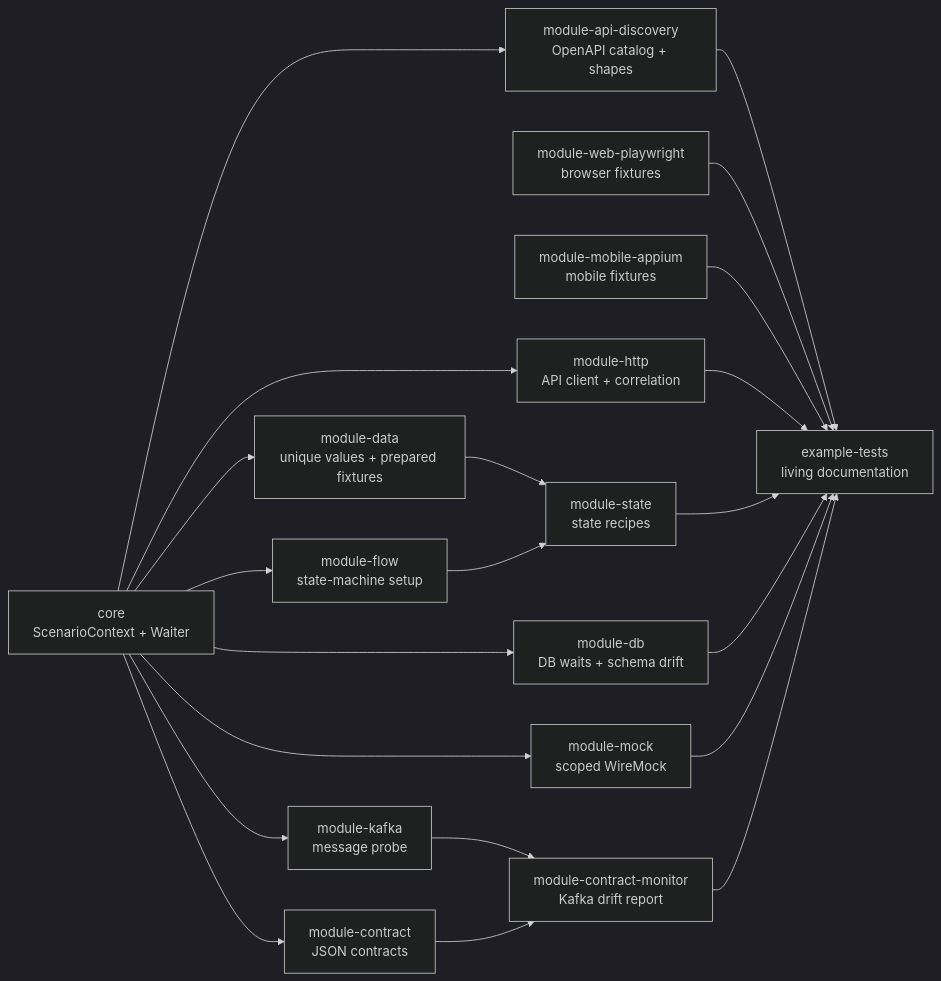
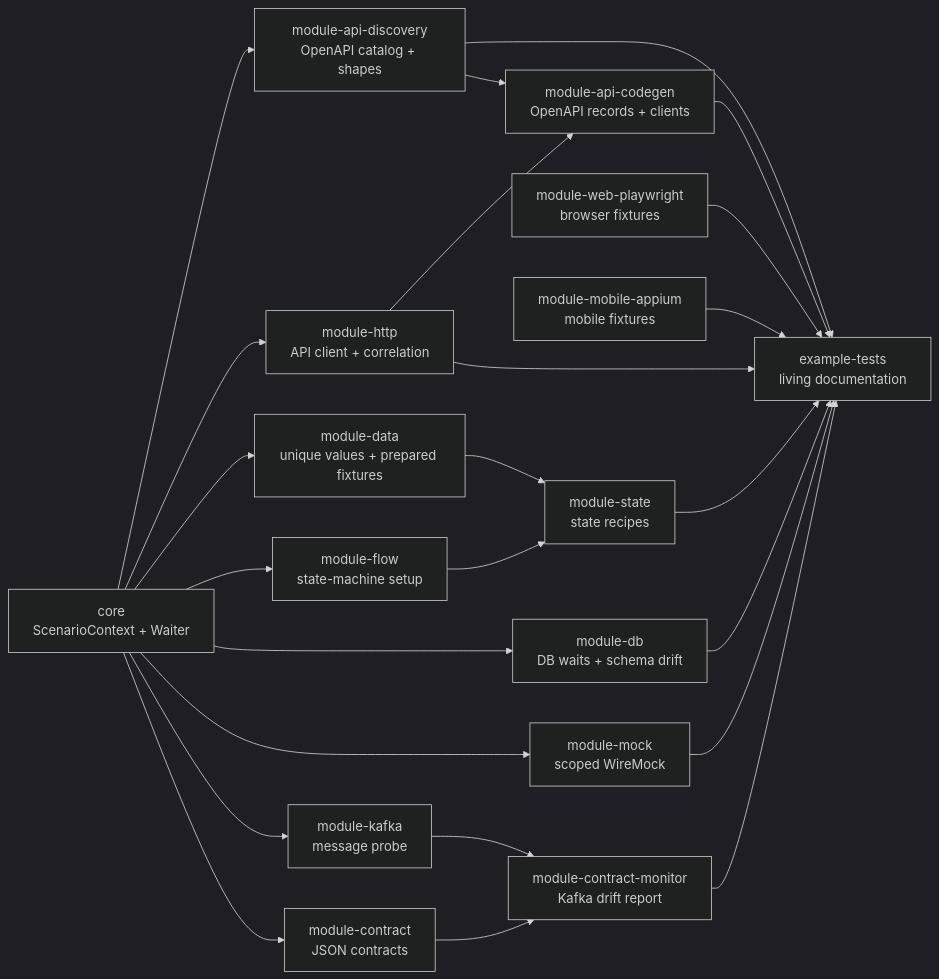
Before and after one commit to MickeyOrlov/TestForge: the first of 3 diagrams in README.md, drawn with Mermaid (dark theme). The commit also changed other lines of this file and 24 other files, not shown here.

Commit message:
feat: add OpenAPI Java code generation module [skip ci]

````diff
--- a/README.md
+++ b/README.md
@@ -37,38 +37,42 @@
 ```mermaid
 flowchart LR
     Core["core\nScenarioContext + Waiter"]
     Data["module-data\nunique values + prepared fixtures"]
     Flow["module-flow\nstate-machine setup"]
     State["module-state\nstate recipes"]
     DB["module-db\nDB waits + schema drift"]
     Mock["module-mock\nscoped WireMock"]
     Http["module-http\nAPI client + correlation"]
     Kafka["module-kafka\nmessage probe"]
     Contract["module-contract\nJSON contracts"]
     Monitor["module-contract-monitor\nKafka drift report"]
     ApiDiscovery["module-api-discovery\nOpenAPI catalog + shapes"]
+    ApiCodegen["module-api-codegen\nOpenAPI records + clients"]
     Web["module-web-playwright\nbrowser fixtures"]
     Mobile["module-mobile-appium\nmobile fixtures"]
     Examples["example-tests\nliving documentation"]
 
     Core --> Data
     Core --> Flow
     Core --> DB
     Core --> Mock
     Core --> Http
     Core --> Kafka
     Core --> Contract
     Core --> ApiDiscovery
+    ApiDiscovery --> ApiCodegen
+    Http --> ApiCodegen
     Data --> State
     Flow --> State
     Kafka --> Monitor
     Contract --> Monitor
     ApiDiscovery --> Examples
+    ApiCodegen --> Examples
     Web --> Examples
     Mobile --> Examples
     Http --> Examples
     State --> Examples
     DB --> Examples
     Mock --> Examples
     Monitor --> Examples
 ```
````
